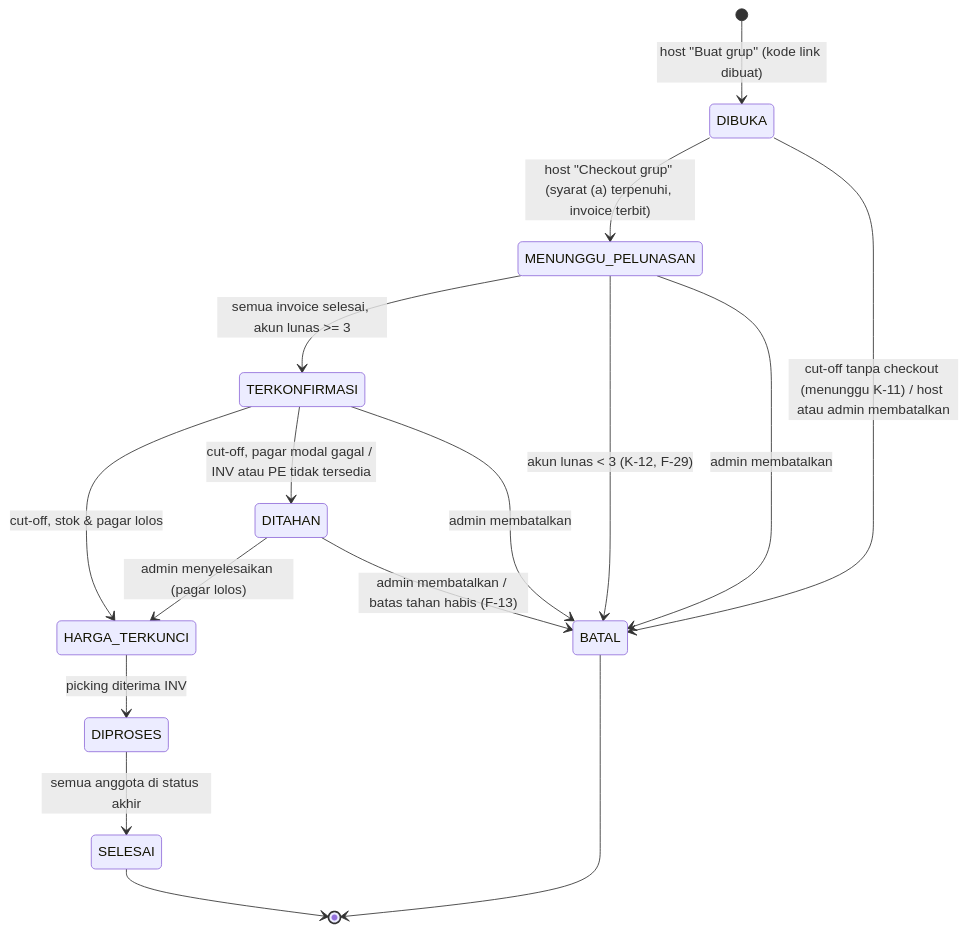
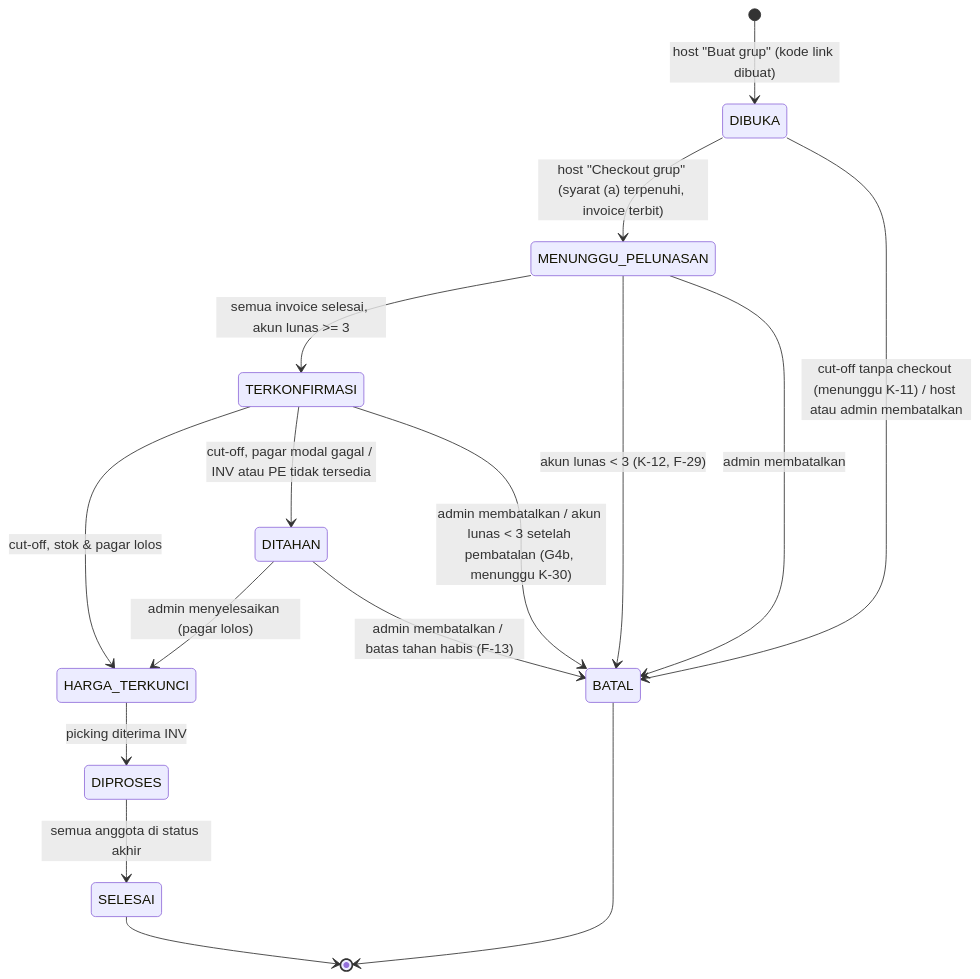
One commit to nirmalaniskalanalakamoirai-ai/Nekat-App changed the first of 2 diagrams in docs/flow/group-order.md. Above: the diagram before and after it, drawn with Mermaid. The commit also changed other lines of this file and 2 other files, not shown here.

````diff
--- a/docs/flow/group-order.md
+++ b/docs/flow/group-order.md
@@ -82,18 +82,18 @@
 ```mermaid
 stateDiagram-v2
     [*] --> DIBUKA: host "Buat grup" (kode link dibuat)
     DIBUKA --> MENUNGGU_PELUNASAN: host "Checkout grup" (syarat (a) terpenuhi, invoice terbit)
     MENUNGGU_PELUNASAN --> TERKONFIRMASI: semua invoice selesai, akun lunas >= 3
     MENUNGGU_PELUNASAN --> BATAL: akun lunas < 3 (K-12, F-29)
     TERKONFIRMASI --> HARGA_TERKUNCI: cut-off, stok & pagar lolos
     TERKONFIRMASI --> DITAHAN: cut-off, pagar modal gagal / INV atau PE tidak tersedia
     DITAHAN --> HARGA_TERKUNCI: admin menyelesaikan (pagar lolos)
     DITAHAN --> BATAL: admin membatalkan / batas tahan habis (F-13)
     HARGA_TERKUNCI --> DIPROSES: picking diterima INV
     DIPROSES --> SELESAI: semua anggota di status akhir
     DIBUKA --> BATAL: cut-off tanpa checkout (menunggu K-11) / host atau admin membatalkan
     MENUNGGU_PELUNASAN --> BATAL: admin membatalkan
-    TERKONFIRMASI --> BATAL: admin membatalkan
+    TERKONFIRMASI --> BATAL: admin membatalkan / akun lunas < 3 setelah pembatalan (G4b, menunggu K-30)
     BATAL --> [*]
     SELESAI --> [*]
 ```
````
